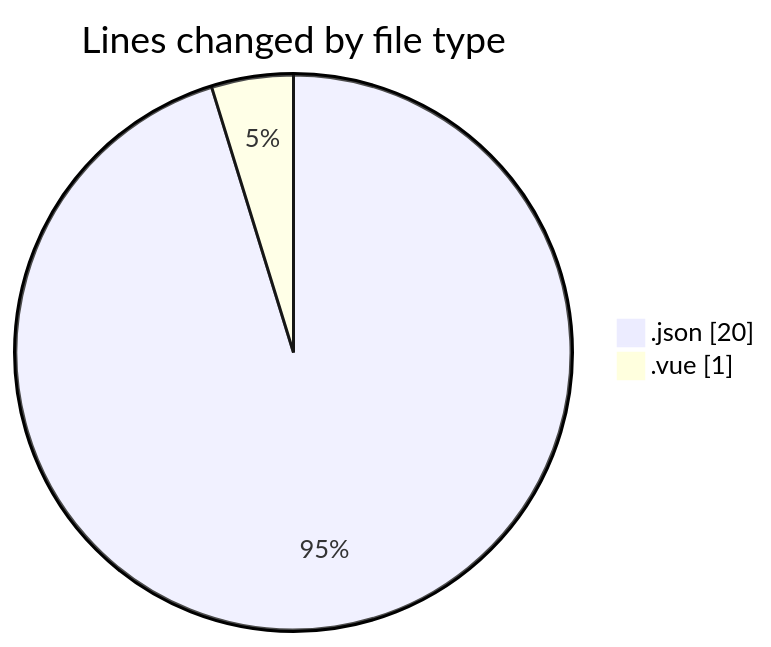
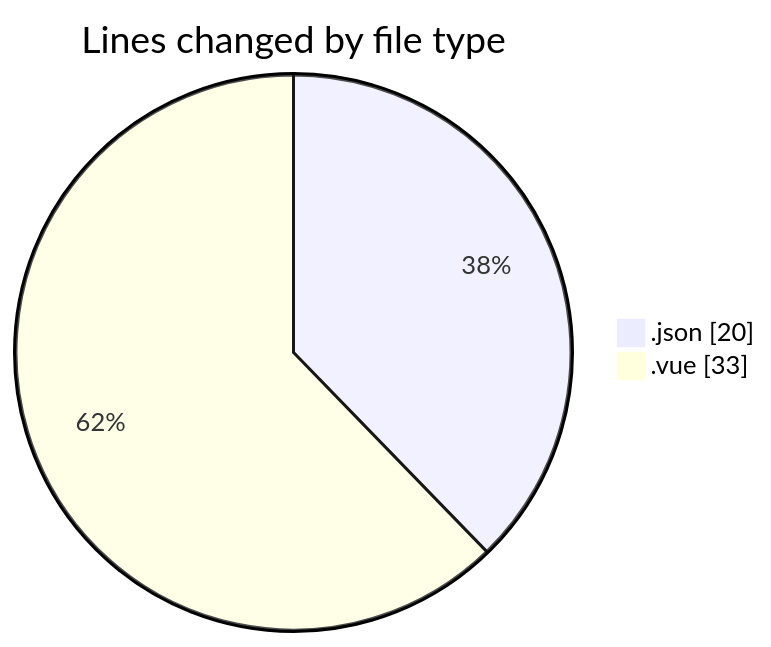
Before and after one commit to BS-eng2023/code-tracking: the first of 2 diagrams in 2025-03-26/new-app/README.md, drawn with Mermaid. The commit also changed other lines of this file and 1 other file, not shown here.

````diff
--- a/2025-03-26/new-app/README.md
+++ b/2025-03-26/new-app/README.md
@@ -21,6 +22,6 @@
 ```mermaid
 pie showData
 title Lines changed by file type
 ".json" : 20
-".vue" : 1
+".vue" : 33
 ```
````
